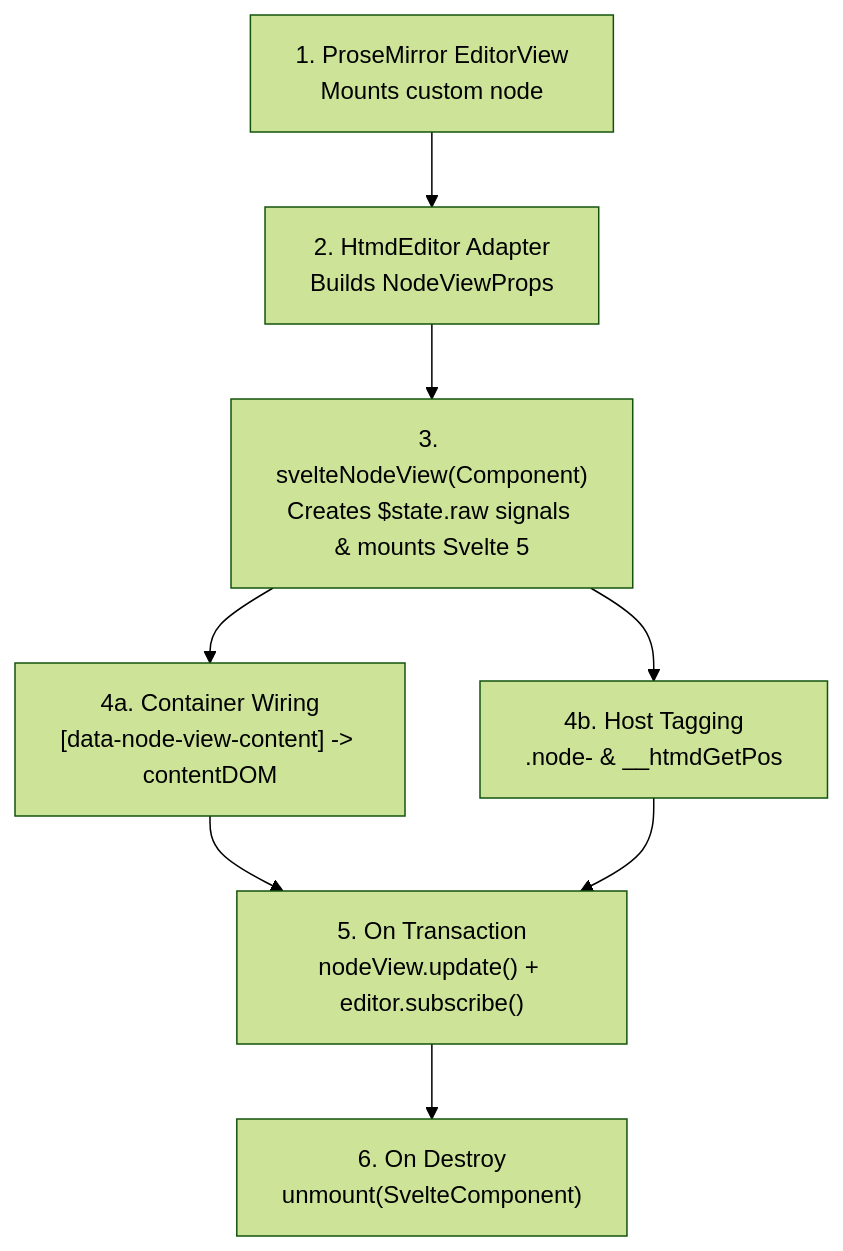
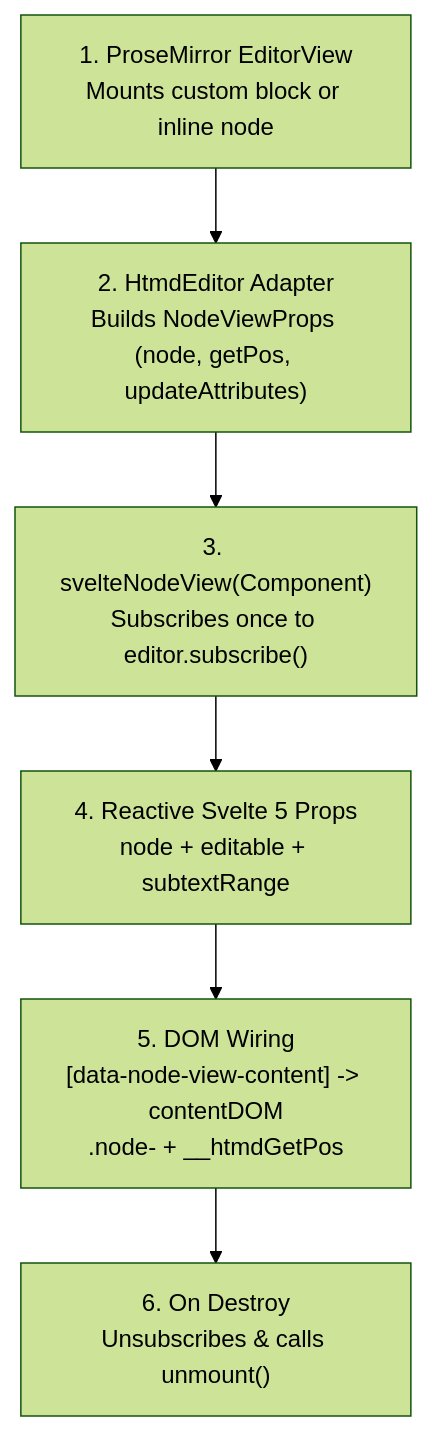
Before and after one commit to hypertextual/hypertextual: the fourth of 8 diagrams in docs/architecture/htmd-ts/editor-extensions.md, drawn with Mermaid (forest theme). The commit also changed other lines of this file and 4 other files, not shown here.

Commit message:
docs(architecture): rewrite editor and extension docs in simple English with diagrams and tables

````diff
--- a/docs/architecture/htmd-ts/editor-extensions.md
+++ b/docs/architecture/htmd-ts/editor-extensions.md
@@ -232,9 +141,11 @@
 ```mermaid
 flowchart TD
-    PMMount["1. ProseMirror EditorView<br/>Mounts custom node"] --> Adapter["2. HtmdEditor Adapter<br/>Builds NodeViewProps"]
-    Adapter --> SvelteHelper["3. svelteNodeView(Component)<br/>Creates $state.raw signals & mounts Svelte 5"]
-    SvelteHelper --> ContentWiring["4a. Container Wiring<br/>[data-node-view-content] -> contentDOM"]
-    SvelteHelper --> TagWiring["4b. Host Tagging<br/>.node-<type> & __htmdGetPos"]
-    ContentWiring & TagWiring --> PMUpdate["5. On Transaction<br/>nodeView.update() + editor.subscribe()"]
-    PMUpdate --> PMDestroy["6. On Destroy<br/>unmount(SvelteComponent)"]
+    PMMount["1. ProseMirror EditorView<br/>Mounts custom block or inline node"]
+    Adapter["2. HtmdEditor Adapter<br/>Builds NodeViewProps (node, getPos, updateAttributes)"]
+    SvelteHelper["3. svelteNodeView(Component)<br/>Subscribes once to editor.subscribe()"]
+    ReactiveProps["4. Reactive Svelte 5 Props<br/>node + editable + subtextRange"]
+    DOMWire["5. DOM Wiring<br/>[data-node-view-content] -> contentDOM<br/>.node-<type> + __htmdGetPos"]
+    Cleanup["6. On Destroy<br/>Unsubscribes & calls unmount()"]
+
+    PMMount --> Adapter --> SvelteHelper --> ReactiveProps --> DOMWire --> Cleanup
 ```
````
